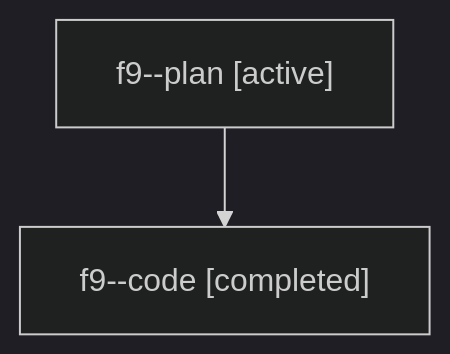
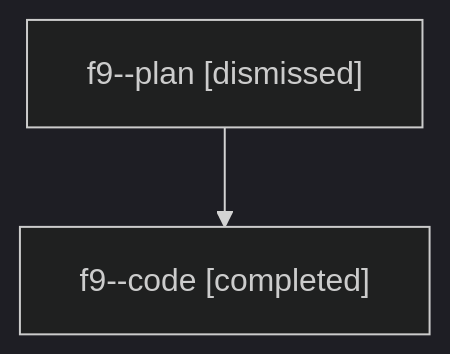
The diagram in sessions/bbugyi200.athena.f9.md (sase-org/sase--agents), drawn with Mermaid (dark theme) before and after one commit. The commit also changed other lines of this file and 28 other files, not shown here.

````diff
--- a/sessions/bbugyi200.athena.f9.md
+++ b/sessions/bbugyi200.athena.f9.md
@@ -9,6 +9,6 @@
 ```mermaid
 flowchart TD
-  n0["f9--plan [active]"]
+  n0["f9--plan [dismissed]"]
   n1["f9--code [completed]"]
   n0 --> n1
 ```
````
